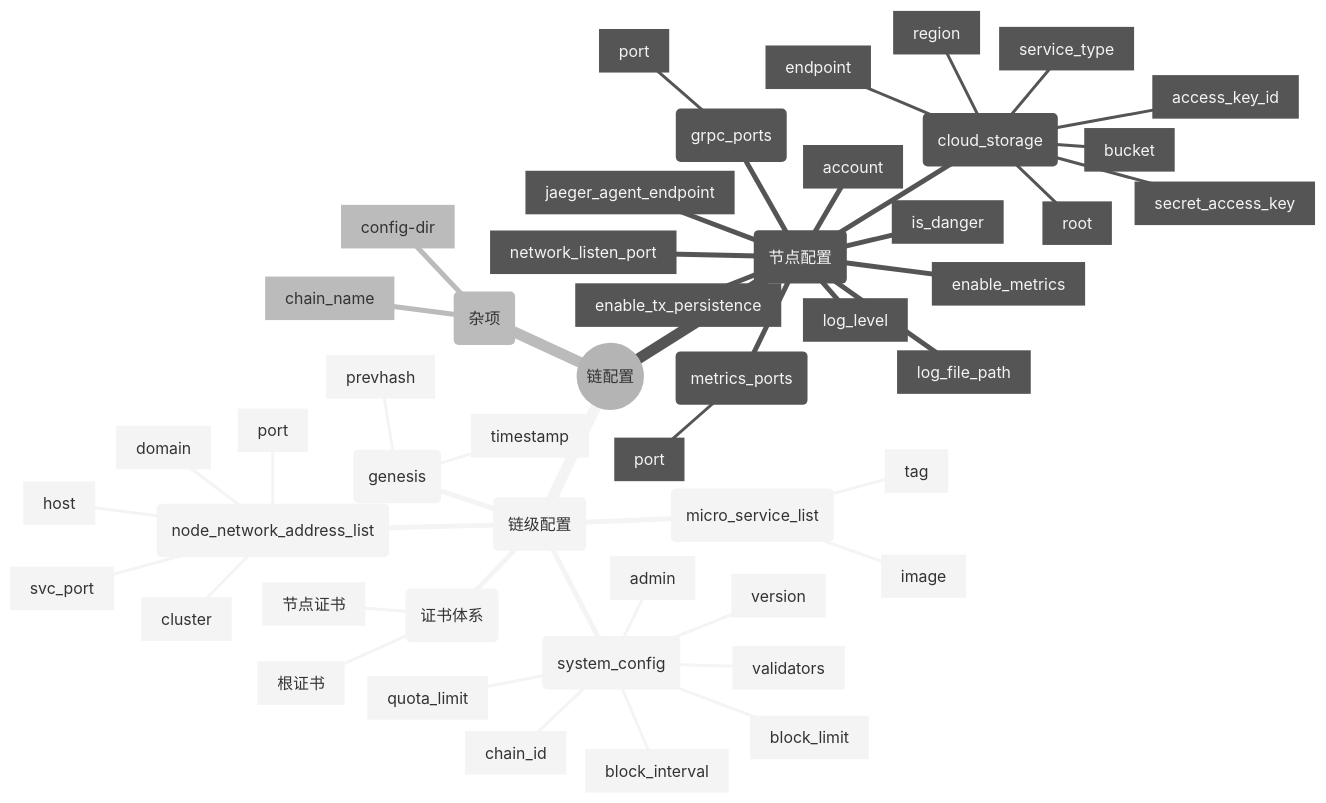
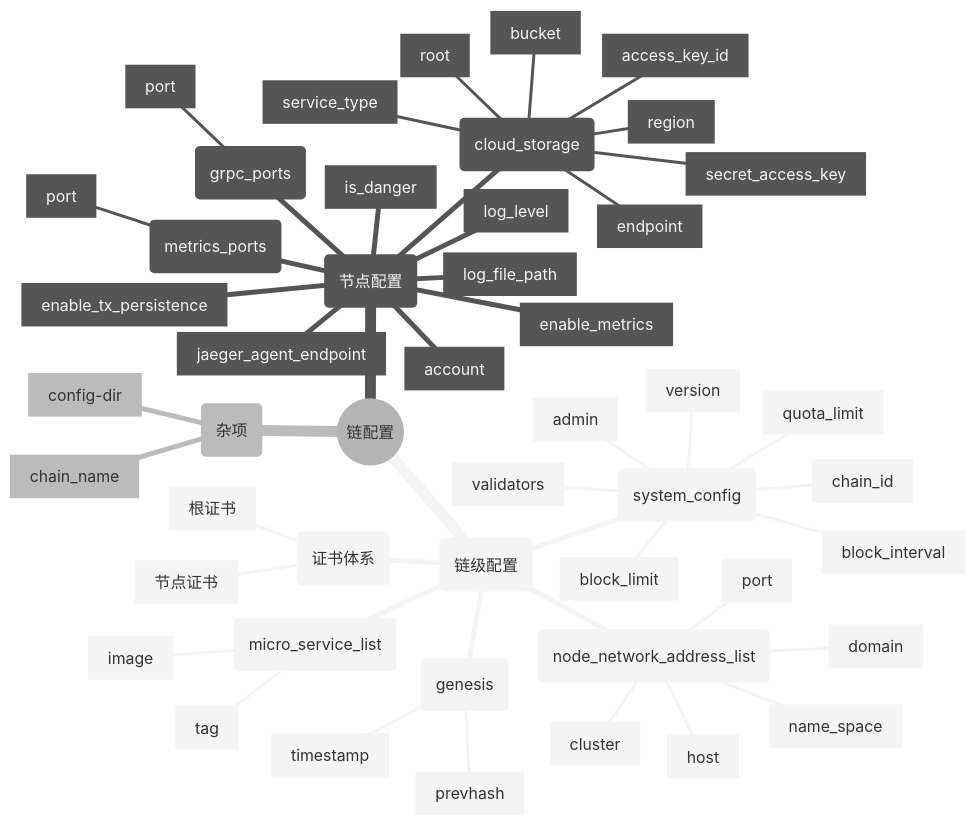
One commit to cita-cloud/cloud-config changed the diagram in README.md. Above: the diagram before and after it, drawn with Mermaid (neutral theme). The commit also changed other lines of this file and 28 other files, not shown here.

````diff
--- a/README.md
+++ b/README.md
@@ -77,52 +74,51 @@
 ```mermaid
 mindmap
   root((链配置))
     id(链级配置)
         id(genesis)
             id[timestamp]
             id[prevhash]
         id(system_config)
             id[version]
             id[chain_id]
             id[admin]
             id[block_interval]
             id[validators]
             id[block_limit]
             id[quota_limit]
         id(node_network_address_list)
             id[host]
             id[port]
             id[domain]
             id[cluster]
-            id[svc_port]
+            id[name_space]
         id(micro_service_list)
             id[image]
             id[tag]
         id(证书体系)
             id[根证书]
             id[节点证书]
     id(节点配置)
         id(grpc_ports)
             id[port]
         id(metrics_ports)
             id[port]
-        id[network_listen_port]
         id[log_level]
         id[log_file_path]
         id[jaeger_agent_endpoint]
         id[account]
         id[enable_metrics]
         id[is_danger]
         id[enable_tx_persistence]
         id(cloud_storage)
             id[access_key_id]
             id[secret_access_key]
             id[endpoint]
             id[bucket]
             id[service_type]
             id[root]
             id[region]
     id(杂项)
         id[config-dir]
         id[chain_name]
 ```
````
